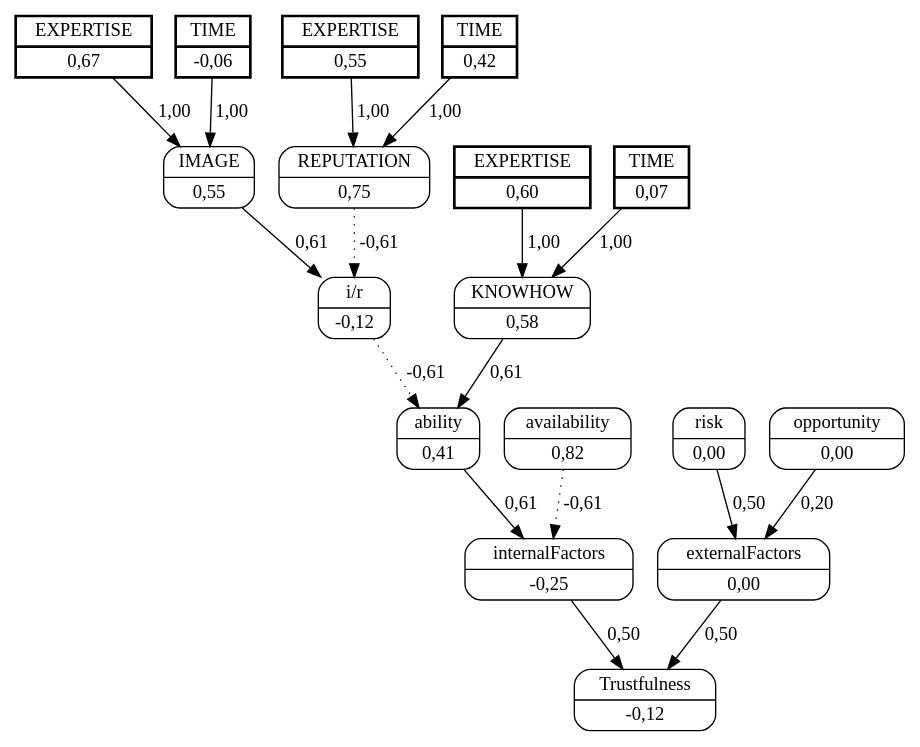
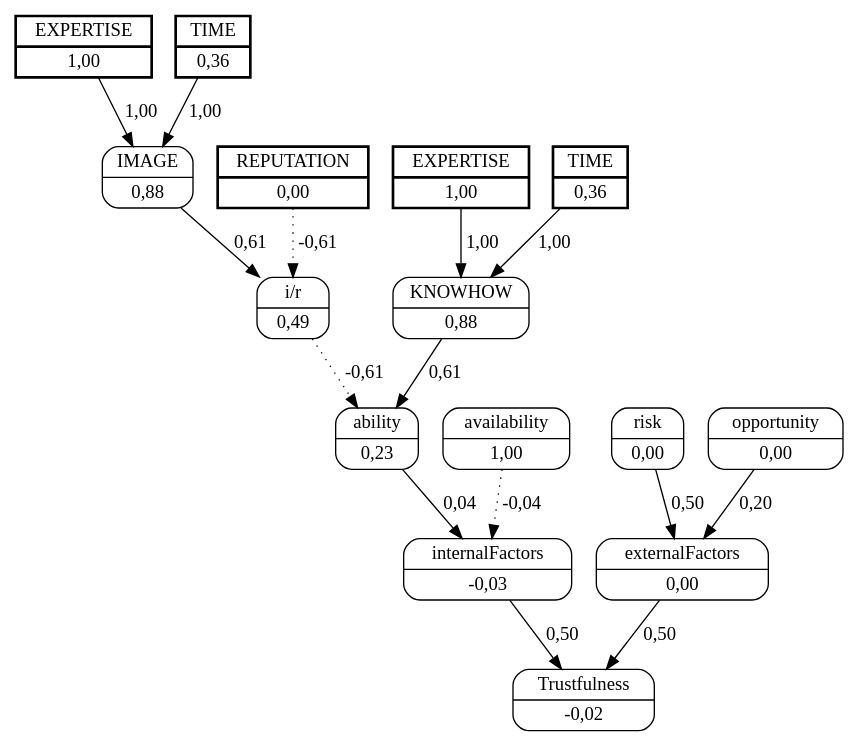
One commit to jjbaqueta/unload_experiment changed the diagram in unload_boxes/dots/worker_2helper_5.dot. Above: the diagram before and after it, drawn with Graphviz. The commit also changed 61 other files, not shown here.

```diff
--- a/unload_boxes/dots/worker_2helper_5.dot
+++ b/unload_boxes/dots/worker_2helper_5.dot
@@ -1,38 +1,34 @@
 digraph FCM_net{
 	node [shape=record, style=rounded]
-	11 [label="{EXPERTISE | 0,67}", style=bold, penwidth=2, peripheries=2];
-	12 [label="{TIME | -0,06}", style=bold, penwidth=2, peripheries=2];
-	13 [label="{EXPERTISE | 0,55}", style=bold, penwidth=2, peripheries=2];
-	14 [label="{TIME | 0,42}", style=bold, penwidth=2, peripheries=2];
-	15 [label="{EXPERTISE | 0,60}", style=bold, penwidth=2, peripheries=2];
-	16 [label="{TIME | 0,07}", style=bold, penwidth=2, peripheries=2];
-	0 [label="{IMAGE | 0,55}"];
-	1 [label="{REPUTATION | 0,75}"];
-	2 [label="{KNOWHOW | 0,58}"];
-	3 [label="{i/r | -0,12}"];
-	4 [label="{ability | 0,41}"];
-	5 [label="{availability | 0,82}"];
-	6 [label="{internalFactors | -0,25}"];
+	11 [label="{EXPERTISE | 1,00}", style=bold, penwidth=2, peripheries=2];
+	12 [label="{TIME | 0,36}", style=bold, penwidth=2, peripheries=2];
+	1 [label="{REPUTATION | 0,00}", style=bold, penwidth=2, peripheries=2];
+	13 [label="{EXPERTISE | 1,00}", style=bold, penwidth=2, peripheries=2];
+	14 [label="{TIME | 0,36}", style=bold, penwidth=2, peripheries=2];
+	0 [label="{IMAGE | 0,88}"];
+	1 [label="{REPUTATION | 0,00}"];
+	2 [label="{KNOWHOW | 0,88}"];
+	3 [label="{i/r | 0,49}"];
+	4 [label="{ability | 0,23}"];
+	5 [label="{availability | 1,00}"];
+	6 [label="{internalFactors | -0,03}"];
 	7 [label="{risk | 0,00}"];
 	8 [label="{opportunity | 0,00}"];
 	9 [label="{externalFactors | 0,00}"];
-	10 [label="{Trustfulness | -0,12}"];
-	11 [label="{EXPERTISE | 0,67}"];
-	13 [label="{EXPERTISE | 0,55}"];
+	10 [label="{Trustfulness | -0,02}"];
+	11 [label="{EXPERTISE | 1,00}"];
 	0 -> 3 [label = "0,61"];
 	1 -> 3 [label = "-0,61", style=dotted];
 	3 -> 4 [label = "-0,61", style=dotted];
 	2 -> 4 [label = "0,61"];
-	4 -> 6 [label = "0,61"];
-	5 -> 6 [label = "-0,61", style=dotted];
+	4 -> 6 [label = "0,04"];
+	5 -> 6 [label = "-0,04", style=dotted];
 	6 -> 10 [label = "0,50"];
 	7 -> 9 [label = "0,50"];
 	8 -> 9 [label = "0,20"];
 	9 -> 10 [label = "0,50"];
 	11 -> 0 [label = "1,00"];
 	12 -> 0 [label = "1,00"];
-	13 -> 1 [label = "1,00"];
-	14 -> 1 [label = "1,00"];
-	15 -> 2 [label = "1,00"];
-	16 -> 2 [label = "1,00"];
+	13 -> 2 [label = "1,00"];
+	14 -> 2 [label = "1,00"];
 }
```
